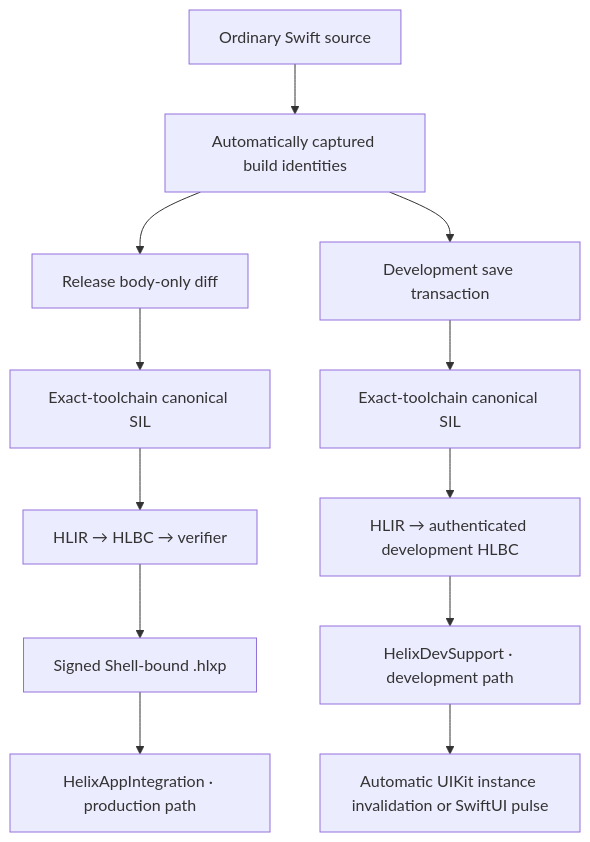
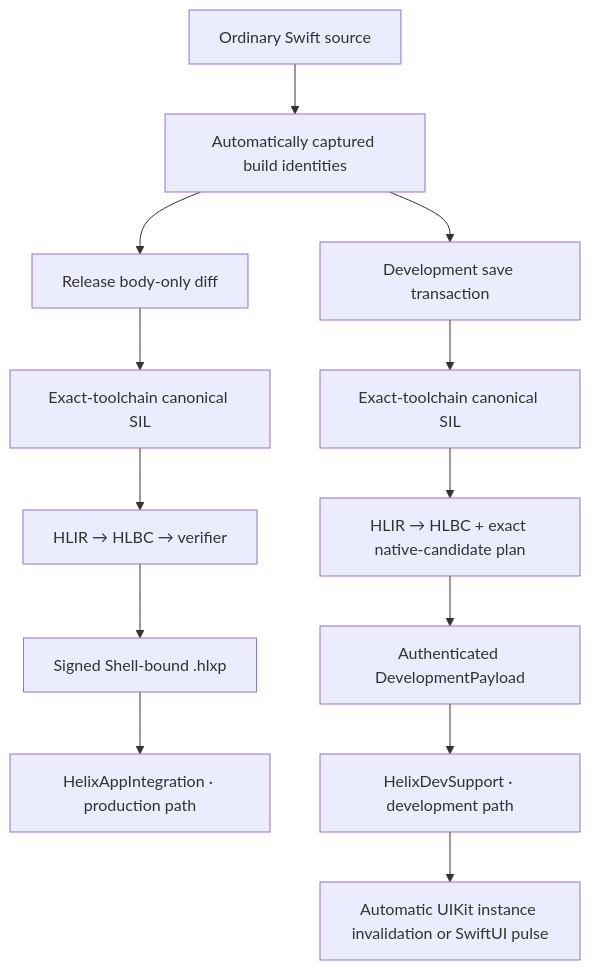
The diagram in Docs/Architecture.md (TangentW/Helix), drawn with Mermaid before and after one commit. The commit also changed other lines of this file and 91 other files, not shown here.

Commit message:
feat: add on-demand development native adapters

````diff
--- a/Docs/Architecture.md
+++ b/Docs/Architecture.md
@@ -39,16 +42,17 @@
 ```mermaid
 flowchart TB
     S["Ordinary Swift source"] --> I["Automatically captured build identities"]
     I --> R["Release body-only diff"]
     I --> D["Development save transaction"]
 
     R --> SIL1["Exact-toolchain canonical SIL"]
     SIL1 --> HLBC["HLIR → HLBC → verifier"]
     HLBC --> PKG["Signed Shell-bound .hlxp"]
     PKG --> PR["HelixAppIntegration · production path"]
 
     D --> DSIL["Exact-toolchain canonical SIL"]
-    DSIL --> DHLBC["HLIR → authenticated development HLBC"]
-    DHLBC --> DR["HelixDevSupport · development path"]
+    DSIL --> DHLBC["HLIR → HLBC + exact native-candidate plan"]
+    DHLBC --> DP["Authenticated DevelopmentPayload"]
+    DP --> DR["HelixDevSupport · development path"]
     DR --> UI["Automatic UIKit instance invalidation or SwiftUI pulse"]
 ```
````
